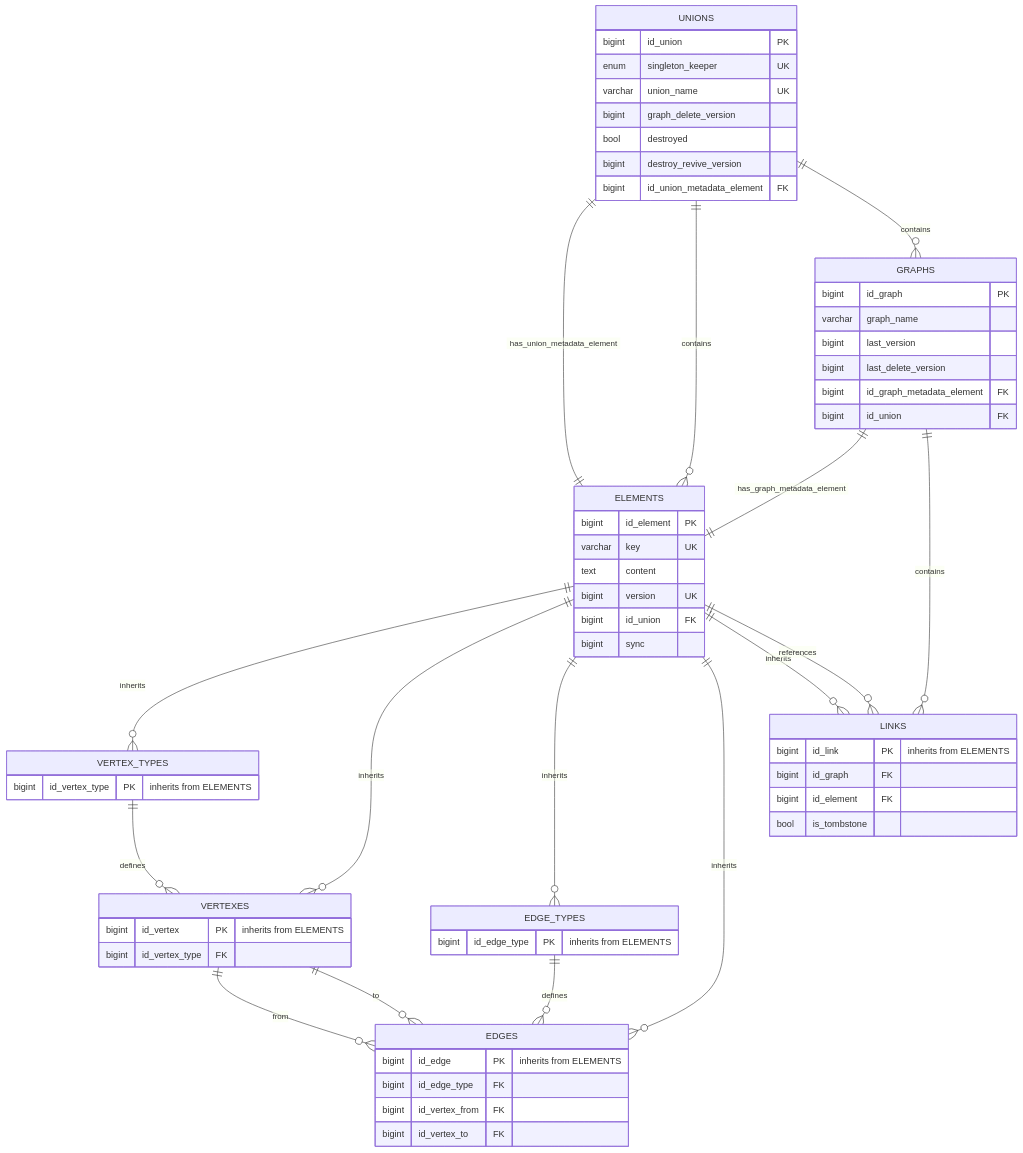
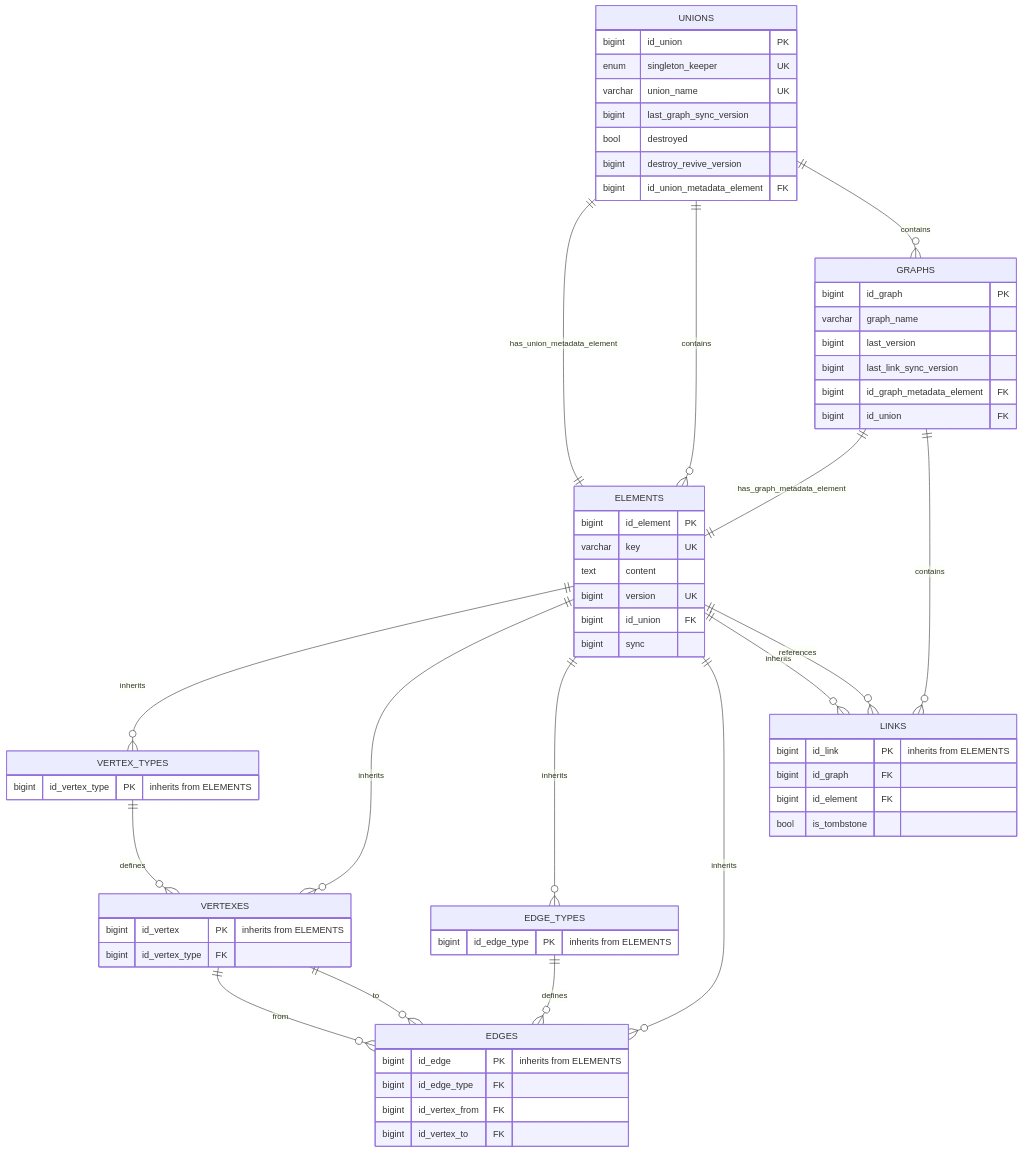
The diagram in ViUn source DB (legacy).md (flower-org/ViUn), drawn with Mermaid before and after one commit.

Commit message:
Update ViUn source DB (legacy).md

````diff
--- a/ViUn source DB (legacy).md
+++ b/ViUn source DB (legacy).md
@@ -5,72 +5,72 @@
 ```mermaid
 erDiagram
     UNIONS ||--|| ELEMENTS : "has_union_metadata_element"
     UNIONS ||--o{ ELEMENTS : contains
     UNIONS ||--o{ GRAPHS : contains
     UNIONS {
         bigint id_union PK
         enum singleton_keeper UK
         varchar union_name UK
-        bigint graph_delete_version
+        bigint last_graph_sync_version
         bool destroyed
         bigint destroy_revive_version
         bigint id_union_metadata_element FK
     }
 
     ELEMENTS ||--o{ VERTEX_TYPES : "inherits"
     ELEMENTS ||--o{ VERTEXES : "inherits"
     ELEMENTS ||--o{ EDGE_TYPES : "inherits"
     ELEMENTS ||--o{ EDGES : "inherits"
     ELEMENTS ||--o{ LINKS : "inherits"
     ELEMENTS ||--o{ LINKS : references
     ELEMENTS {
         bigint id_element PK
         varchar key UK
         text content
         bigint version UK
         bigint id_union FK
         bigint sync
     }
 
     VERTEX_TYPES ||--o{ VERTEXES : "defines"
     VERTEX_TYPES {
         bigint id_vertex_type PK "inherits from ELEMENTS"
     }
 
     VERTEXES ||--o{ EDGES : "from"
     VERTEXES ||--o{ EDGES : "to"
     VERTEXES {
         bigint id_vertex PK "inherits from ELEMENTS"
         bigint id_vertex_type FK
     }
 
     EDGE_TYPES {
         bigint id_edge_type PK "inherits from ELEMENTS"
     }
 
     EDGE_TYPES ||--o{ EDGES : "defines"
     EDGES {
         bigint id_edge PK "inherits from ELEMENTS"
         bigint id_edge_type FK
         bigint id_vertex_from FK
         bigint id_vertex_to FK
     }
 
     GRAPHS ||--|| ELEMENTS : "has_graph_metadata_element"
     GRAPHS ||--o{ LINKS : contains
     GRAPHS {
         bigint id_graph PK
         varchar graph_name
         bigint last_version
-        bigint last_delete_version
+        bigint last_link_sync_version
         bigint id_graph_metadata_element FK
         bigint id_union FK
     }
 
     LINKS {
         bigint id_link PK "inherits from ELEMENTS"
         bigint id_graph FK
         bigint id_element FK
         bool is_tombstone
     }
 ```
````
